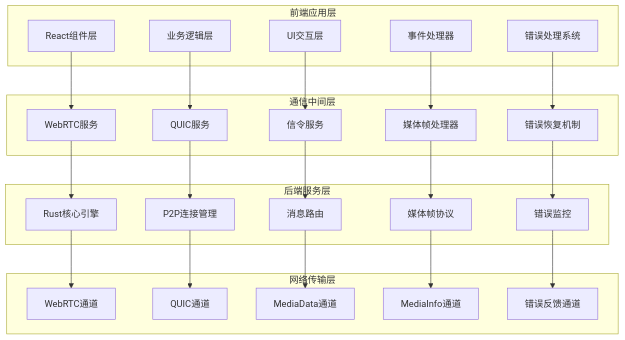
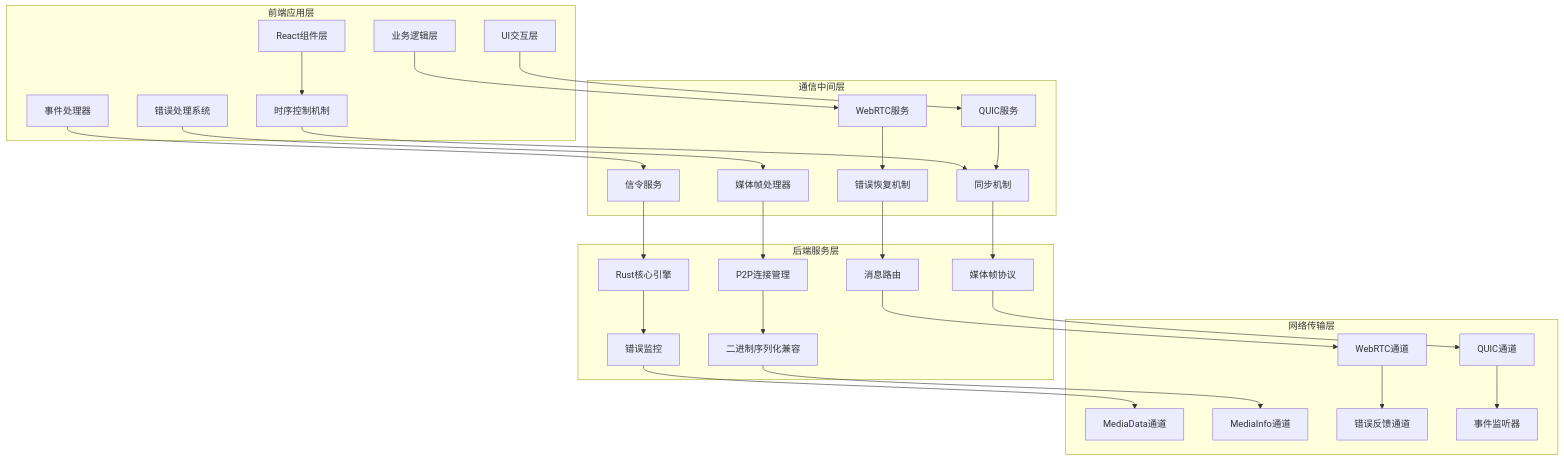
The first of 21 diagrams in .qoder/repowiki/zh/content/Privacy Video Call.md (nicolastinger/only-talk-app), drawn with Mermaid before and after one commit. The commit also changed other lines of this file and 17 other files, not shown here.

````diff
--- a/.qoder/repowiki/zh/content/Privacy Video Call.md
+++ b/.qoder/repowiki/zh/content/Privacy Video Call.md
@@ -57,46 +60,55 @@
 ```mermaid
 graph TB
 subgraph "前端应用层"
 A[React组件层]
 B[业务逻辑层]
 C[UI交互层]
 D[事件处理器]
 E[错误处理系统]
+F[时序控制机制]
 end
 subgraph "通信中间层"
-F[WebRTC服务]
-G[QUIC服务]
-H[信令服务]
-I[媒体帧处理器]
-J[错误恢复机制]
+G[WebRTC服务]
+H[QUIC服务]
+I[信令服务]
+J[媒体帧处理器]
+K[错误恢复机制]
+L[同步机制]
 end
 subgraph "后端服务层"
-K[Rust核心引擎]
-L[P2P连接管理]
-M[消息路由]
-N[媒体帧协议]
-O[错误监控]
+M[Rust核心引擎]
+N[P2P连接管理]
+O[消息路由]
+P[媒体帧协议]
+Q[错误监控]
+R[二进制序列化兼容]
 end
 subgraph "网络传输层"
-P[WebRTC通道]
-Q[QUIC通道]
-R[MediaData通道]
-S[MediaInfo通道]
-T[错误反馈通道]
+S[WebRTC通道]
+T[QUIC通道]
+U[MediaData通道]
+V[MediaInfo通道]
+W[错误反馈通道]
+X[事件监听器]
 end
 A --> F
 B --> G
 C --> H
 D --> I
 E --> J
-F --> K
-G --> L
-H --> M
-I --> N
-J --> O
-K --> P
-L --> Q
-M --> R
-N --> S
-O --> T
+F --> L
+G --> K
+H --> L
+I --> M
+J --> N
+K --> O
+L --> P
+M --> Q
+N --> R
+O --> S
+P --> T
+Q --> U
+R --> V
+S --> W
+T --> X
 ```
````
